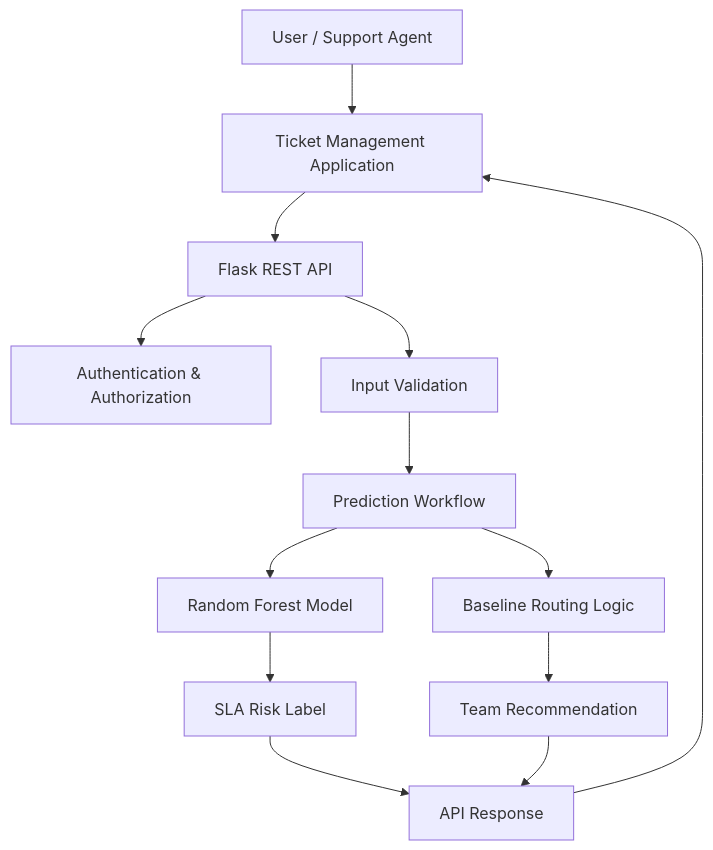
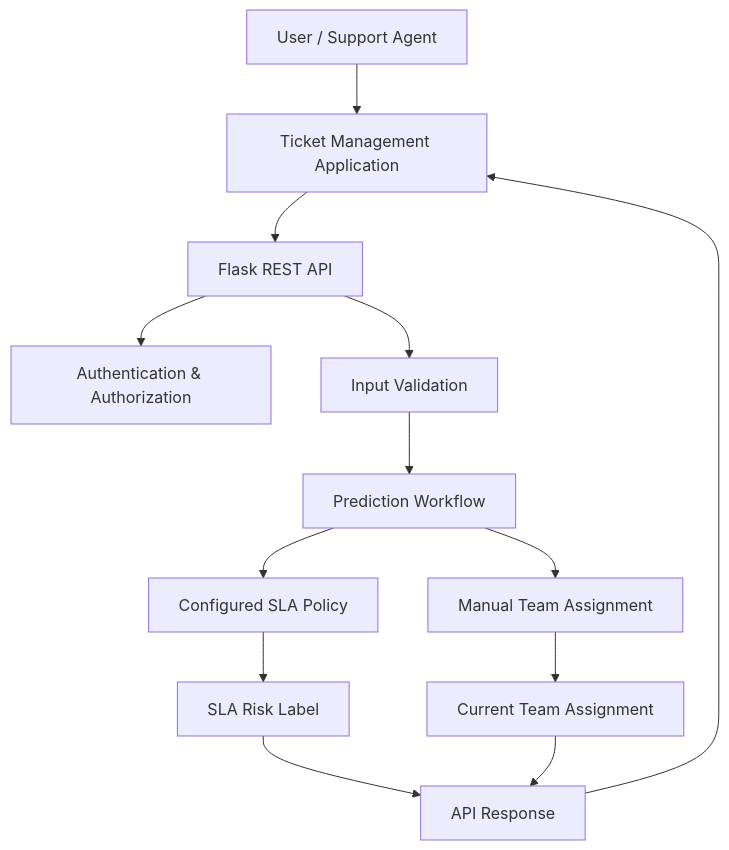
One commit to Ganeshbasani/AI-Powered-Ticket-Routing-System changed the first of 2 diagrams in README.md. Above: the diagram before and after it, drawn with Mermaid. The commit also changed other lines of this file and 42 other files, not shown here.

Commit message:
Upgrade AI ticket routing and SLA prediction system

````diff
--- a/README.md
+++ b/README.md
@@ -101,15 +128,15 @@
 ```mermaid
 flowchart TD
     A[User / Support Agent] --> B[Ticket Management Application]
     B --> C[Flask REST API]
     C --> D[Authentication & Authorization]
     C --> E[Input Validation]
     E --> F[Prediction Workflow]
-    F --> G[Random Forest Model]
-    F --> H[Baseline Routing Logic]
+    F --> G[Configured SLA Policy]
+    F --> H[Manual Team Assignment]
     G --> I[SLA Risk Label]
-    H --> J[Team Recommendation]
+    H --> J[Current Team Assignment]
     I --> K[API Response]
     J --> K
     K --> B
 ```
````
